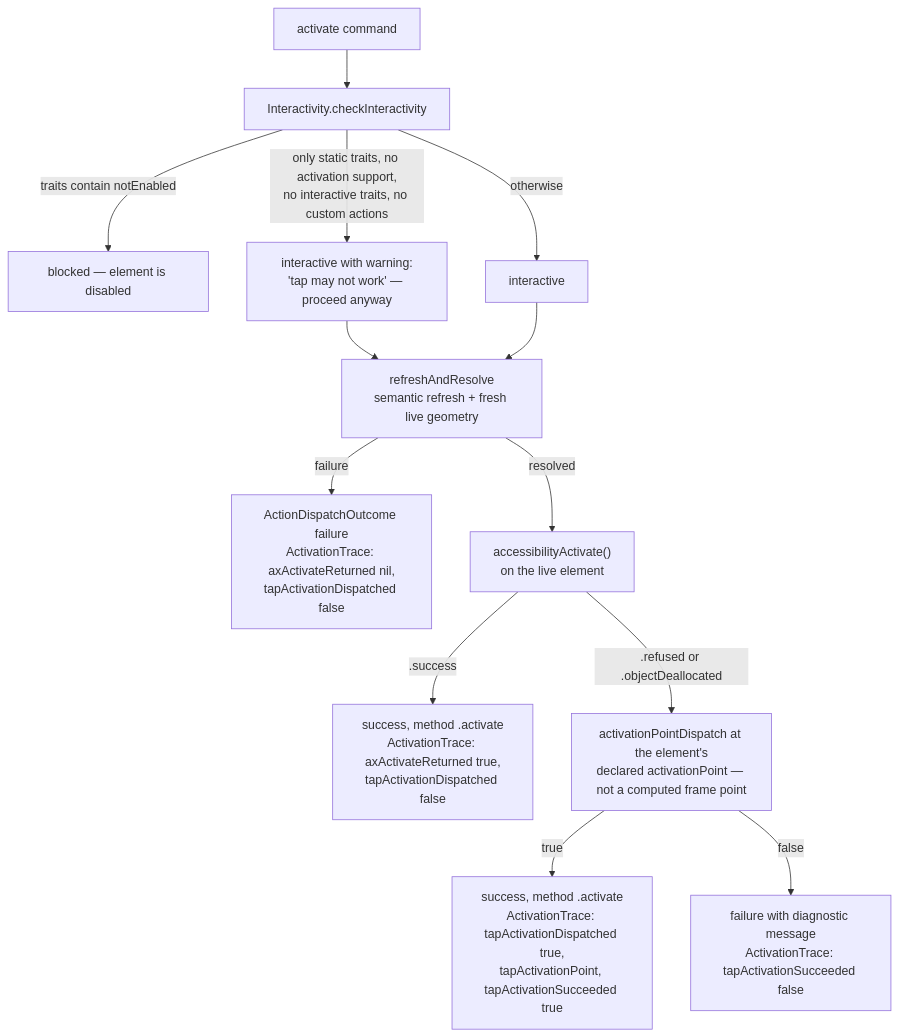
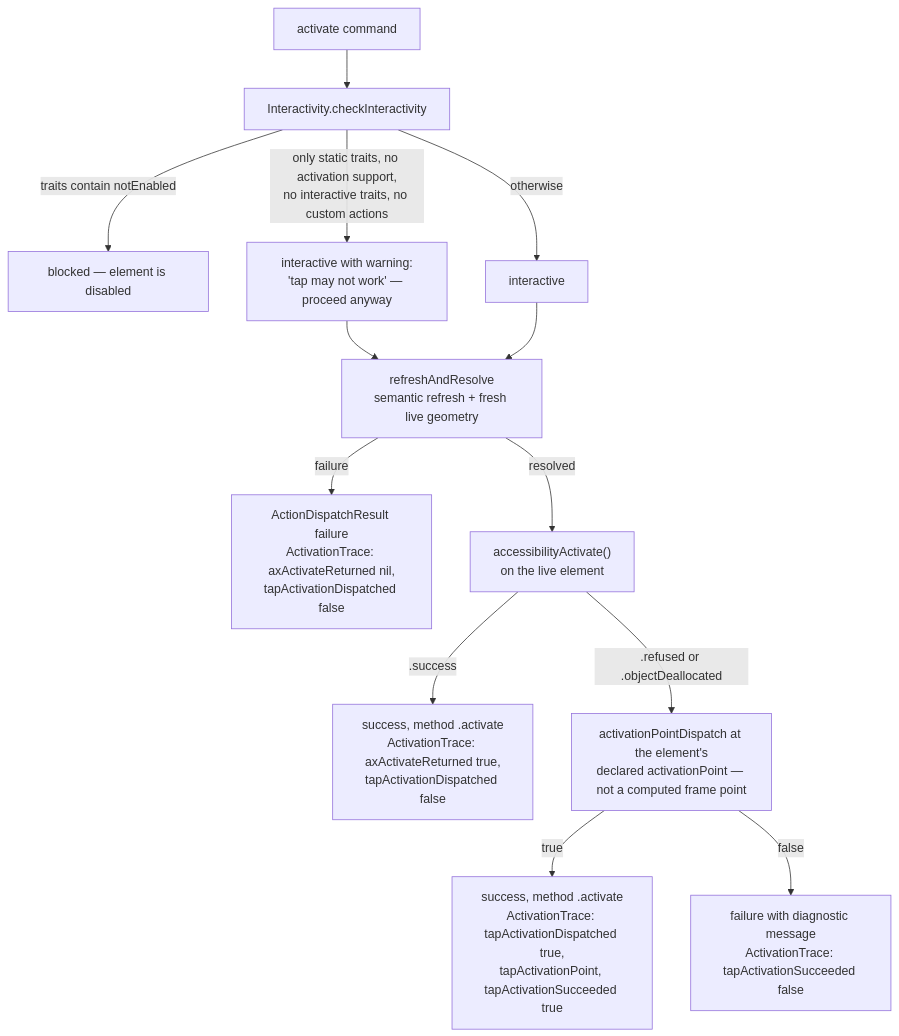
One commit to RoyalPineapple/TheButtonHeist changed the diagram in docs/diagrams/activation-policy.md. Above: the diagram before and after it, drawn with Mermaid. The commit also changed other lines of this file and 461 other files, not shown here.

````diff
--- a/docs/diagrams/activation-policy.md
+++ b/docs/diagrams/activation-policy.md
@@ -8,15 +8,15 @@
 ```mermaid
 flowchart TD
     START["activate command"] --> CHECK["Interactivity.checkInteractivity"]
     CHECK -- "traits contain notEnabled" --> BLOCKED["blocked — element is disabled"]
     CHECK -- "only static traits, no activation support,<br/>no interactive traits, no custom actions" --> WARN["interactive with warning:<br/>'tap may not work' — proceed anyway"]
     CHECK -- "otherwise" --> PROCEED["interactive"]
     WARN --> REFRESH
     PROCEED --> REFRESH["refreshAndResolve<br/>semantic refresh + fresh live geometry"]
-    REFRESH -- "failure" --> FAIL1["ActionDispatchOutcome failure<br/>ActivationTrace: axActivateReturned nil,<br/>tapActivationDispatched false"]
+    REFRESH -- "failure" --> FAIL1["ActionDispatchResult failure<br/>ActivationTrace: axActivateReturned nil,<br/>tapActivationDispatched false"]
     REFRESH -- "resolved" --> AXACT["accessibilityActivate()<br/>on the live element"]
     AXACT -- ".success" --> OK1["success, method .activate<br/>ActivationTrace: axActivateReturned true,<br/>tapActivationDispatched false"]
     AXACT -- ".refused or .objectDeallocated" --> TAP["activationPointDispatch at the element's<br/>declared activationPoint — not a computed frame point"]
     TAP -- "true" --> OK2["success, method .activate<br/>ActivationTrace: tapActivationDispatched true,<br/>tapActivationPoint, tapActivationSucceeded true"]
     TAP -- "false" --> FAIL2["failure with diagnostic message<br/>ActivationTrace: tapActivationSucceeded false"]
 ```
````
